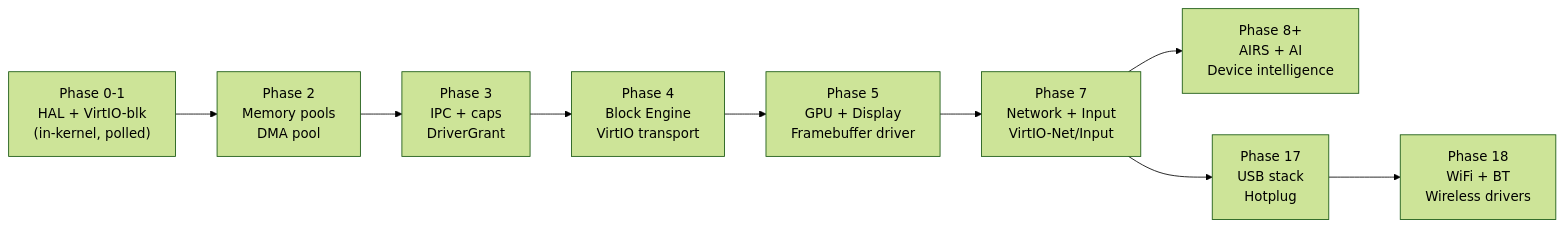
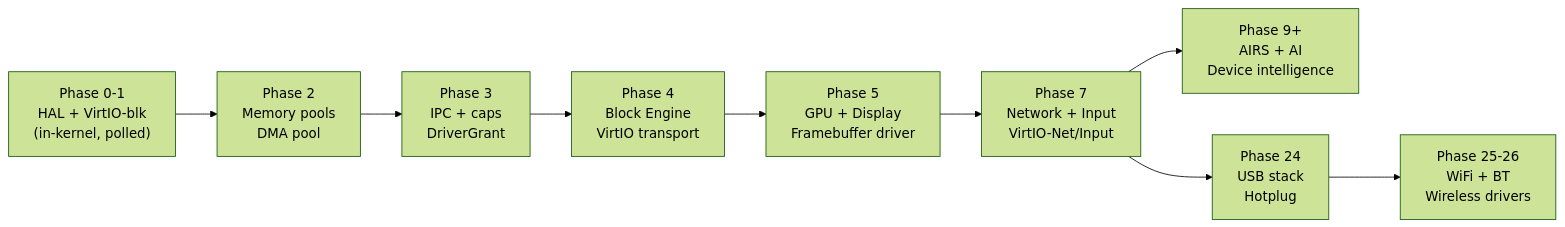
One commit to juslee/aios changed the third of 3 diagrams in docs/kernel/device-model.md. Above: the diagram before and after it, drawn with Mermaid (forest theme). The commit also changed other lines of this file and 94 other files, not shown here.

````diff
--- a/docs/kernel/device-model.md
+++ b/docs/kernel/device-model.md
@@ -126,17 +126,18 @@
 ```mermaid
 flowchart LR
     P0["Phase 0-1\nHAL + VirtIO-blk\n(in-kernel, polled)"]
     P2["Phase 2\nMemory pools\nDMA pool"]
     P3["Phase 3\nIPC + caps\nDriverGrant"]
     P4["Phase 4\nBlock Engine\nVirtIO transport"]
     P5["Phase 5\nGPU + Display\nFramebuffer driver"]
     P7["Phase 7\nNetwork + Input\nVirtIO-Net/Input"]
-    P8["Phase 8+\nAIRS + AI\nDevice intelligence"]
-    P17["Phase 17\nUSB stack\nHotplug"]
-    P18["Phase 18\nWiFi + BT\nWireless drivers"]
+    P8["Phase 9+\nAIRS + AI\nDevice intelligence"]
+    P17["Phase 24\nUSB stack\nHotplug"]
+    P18["Phase 25-26\nWiFi + BT\nWireless drivers"]
 
     P0 --> P2 --> P3 --> P4
     P4 --> P5 --> P7
     P7 --> P8
     P7 --> P17 --> P18
+
 ```
````
